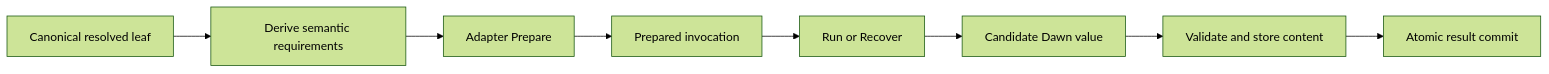
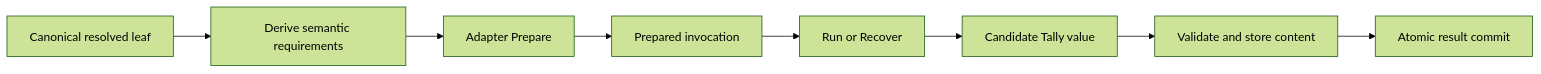
The diagram in docs/salvage/deleted-kernel/2026-08-09-agent-adapter-capability-boundary-design.md (valbaudo/tally), drawn with Mermaid (forest theme) before and after one commit. The commit also changed other lines of this file and 137 other files, not shown here.

````diff
--- a/docs/salvage/deleted-kernel/2026-08-09-agent-adapter-capability-boundary-design.md
+++ b/docs/salvage/deleted-kernel/2026-08-09-agent-adapter-capability-boundary-design.md
@@ -136,10 +136,10 @@
 ```mermaid
 flowchart LR
     S["Canonical resolved leaf"] --> Q["Derive semantic requirements"]
     Q --> P["Adapter Prepare"]
     P --> X["Prepared invocation"]
     X --> R["Run or Recover"]
-    R --> C["Candidate Dawn value"]
+    R --> C["Candidate Tally value"]
     C --> V["Validate and store content"]
     V --> M["Atomic result commit"]
 ```
````
